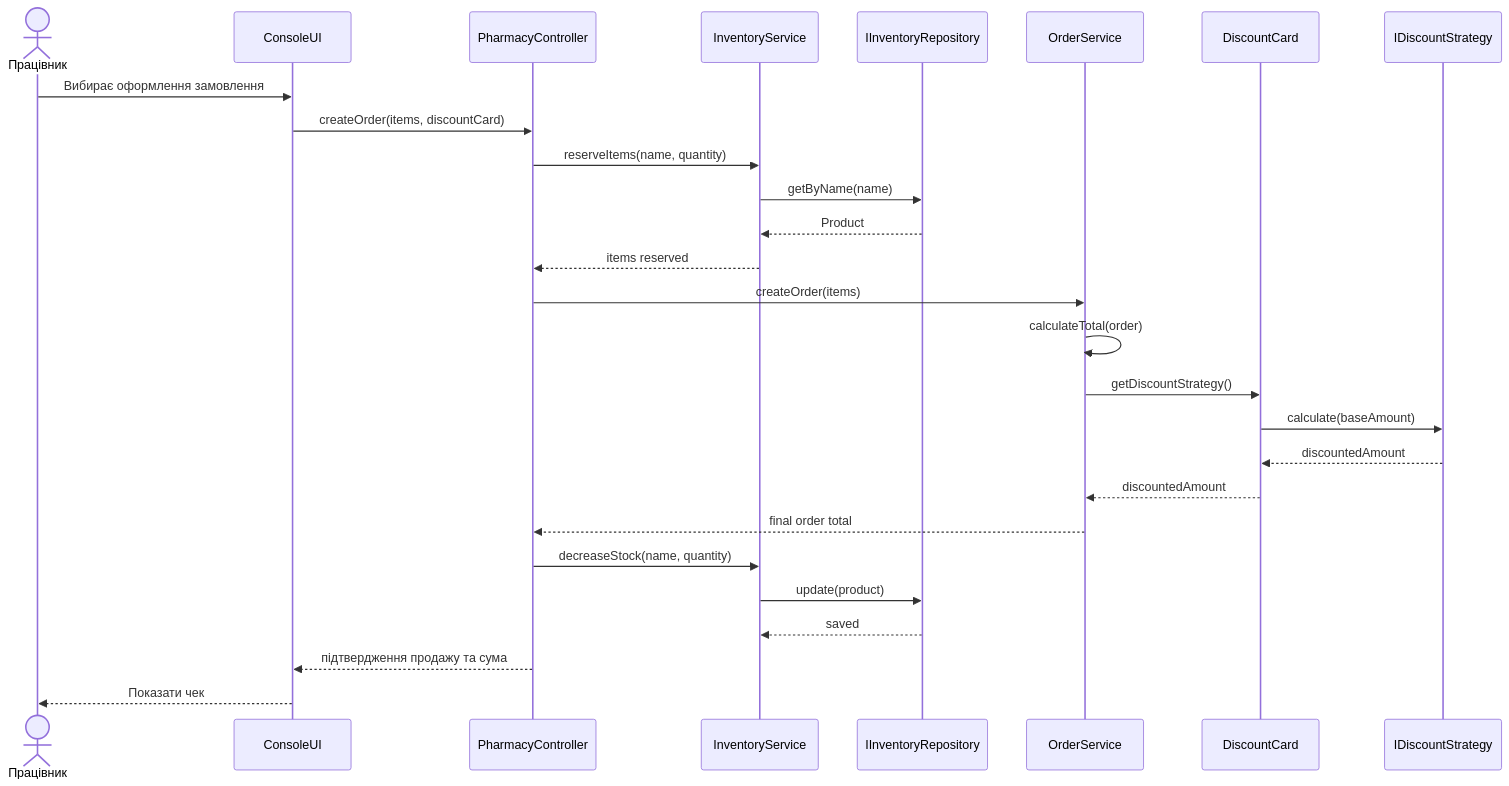
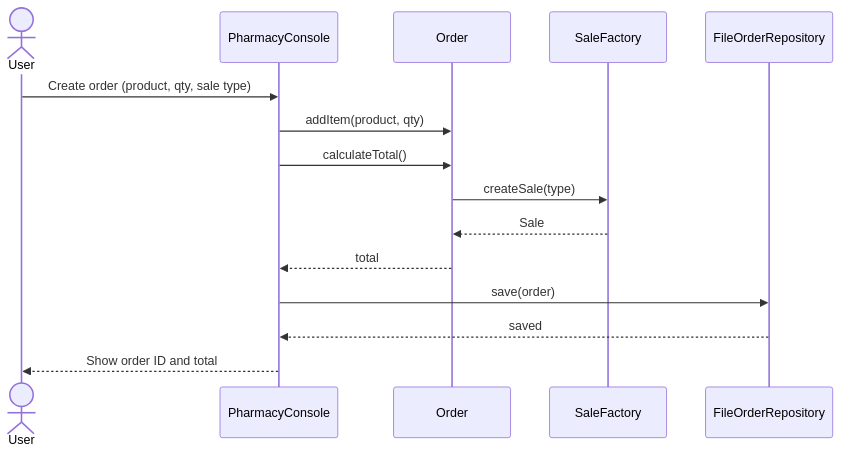
One commit to aharook/Pharmacy-Manager changed the diagram in docs/sequence-diagram.md. Above: the diagram before and after it, drawn with Mermaid. The commit also changed other lines of this file and 43 other files, not shown here.

````diff
--- a/docs/sequence-diagram.md
+++ b/docs/sequence-diagram.md
@@ -3,30 +3,18 @@
 ```mermaid
 sequenceDiagram
-    actor Cashier as Працівник
-    participant UI as ConsoleUI
-    participant Controller as PharmacyController
-    participant Inventory as InventoryService
-    participant Repo as IInventoryRepository
-    participant OrderService as OrderService
-    participant Discount as DiscountCard
-    participant Strategy as IDiscountStrategy
+    actor User as User
+    participant UI as PharmacyConsole
+    participant Order as Order
+    participant Factory as SaleFactory
+    participant Repo as FileOrderRepository
 
-    Cashier->>UI: Вибирає оформлення замовлення
-    UI->>Controller: createOrder(items, discountCard)
-    Controller->>Inventory: reserveItems(name, quantity)
-    Inventory->>Repo: getByName(name)
-    Repo-->>Inventory: Product
-    Inventory-->>Controller: items reserved
-    Controller->>OrderService: createOrder(items)
-    OrderService->>OrderService: calculateTotal(order)
-    OrderService->>Discount: getDiscountStrategy()
-    Discount->>Strategy: calculate(baseAmount)
-    Strategy-->>Discount: discountedAmount
-    Discount-->>OrderService: discountedAmount
-    OrderService-->>Controller: final order total
-    Controller->>Inventory: decreaseStock(name, quantity)
-    Inventory->>Repo: update(product)
-    Repo-->>Inventory: saved
-    Controller-->>UI: підтвердження продажу та сума
-    UI-->>Cashier: Показати чек
+    User->>UI: Create order (product, qty, sale type)
+    UI->>Order: addItem(product, qty)
+    UI->>Order: calculateTotal()
+    Order->>Factory: createSale(type)
+    Factory-->>Order: Sale
+    Order-->>UI: total
+    UI->>Repo: save(order)
+    Repo-->>UI: saved
+    UI-->>User: Show order ID and total
 ```
````
